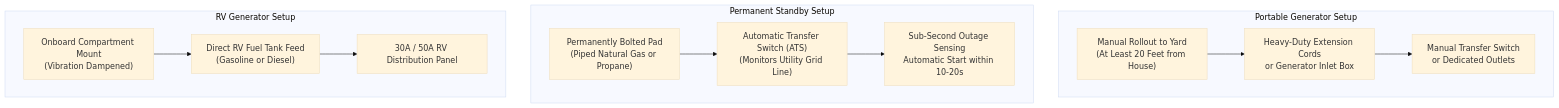
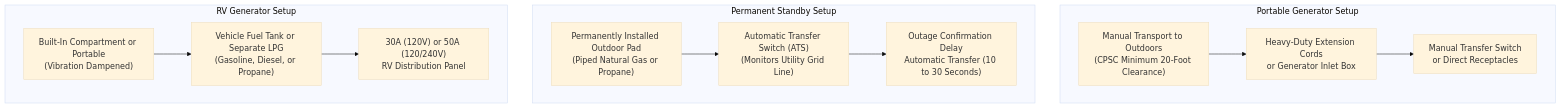
One commit to calcmypowerharis-app/kr changed the sixth of 8 diagrams in content-drafts/how-does-a-generator-work.md. Above: the diagram before and after it, drawn with Mermaid (base theme). The commit also changed other lines of this file, not shown here.

Commit message:
docs(content): refine generator draft with synchronous speed formula and qualified excitation mechanics

````diff
--- a/content-drafts/how-does-a-generator-work.md
+++ b/content-drafts/how-does-a-generator-work.md
@@ -200,17 +241,17 @@
 ```mermaid
 flowchart TD
     subgraph Portable["Portable Generator Setup"]
-        P1["Manual Rollout to Yard<br>(At Least 20 Feet from House)"] --> P2["Heavy-Duty Extension Cords<br>or Generator Inlet Box"]
-        P2 --> P3["Manual Transfer Switch<br>or Dedicated Outlets"]
+        P1["Manual Transport to Outdoors<br>(CPSC Minimum 20-Foot Clearance)"] --> P2["Heavy-Duty Extension Cords<br>or Generator Inlet Box"]
+        P2 --> P3["Manual Transfer Switch<br>or Direct Receptacles"]
     end
 
     subgraph Standby["Permanent Standby Setup"]
-        S1["Permanently Bolted Pad<br>(Piped Natural Gas or Propane)"] --> S2["Automatic Transfer Switch (ATS)<br>(Monitors Utility Grid Line)"]
-        S2 --> S3["Sub-Second Outage Sensing<br>Automatic Start within 10-20s"]
+        S1["Permanently Installed Outdoor Pad<br>(Piped Natural Gas or Propane)"] --> S2["Automatic Transfer Switch (ATS)<br>(Monitors Utility Grid Line)"]
+        S2 --> S3["Outage Confirmation Delay<br>Automatic Transfer (10 to 30 Seconds)"]
     end
 
     subgraph RV["RV Generator Setup"]
-        R1["Onboard Compartment Mount<br>(Vibration Dampened)"] --> R2["Direct RV Fuel Tank Feed<br>(Gasoline or Diesel)"]
-        R2 --> R3["30A / 50A RV Distribution Panel"]
+        R1["Built-In Compartment or Portable<br>(Vibration Dampened)"] --> R2["Vehicle Fuel Tank or Separate LPG<br>(Gasoline, Diesel, or Propane)"]
+        R2 --> R3["30A (120V) or 50A (120/240V)<br>RV Distribution Panel"]
     end
 ```
````
